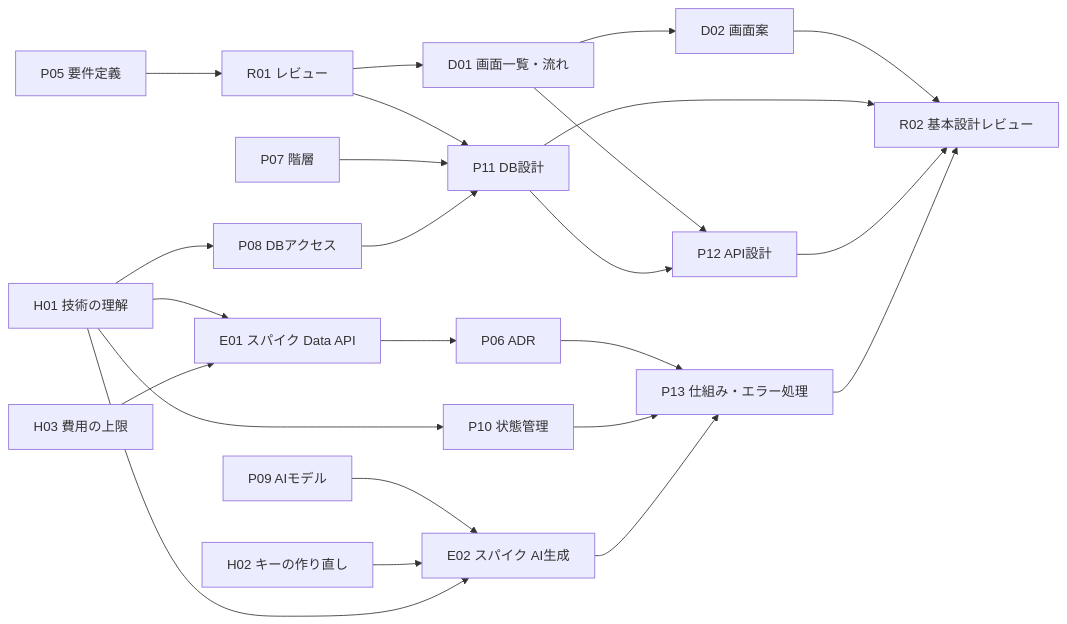
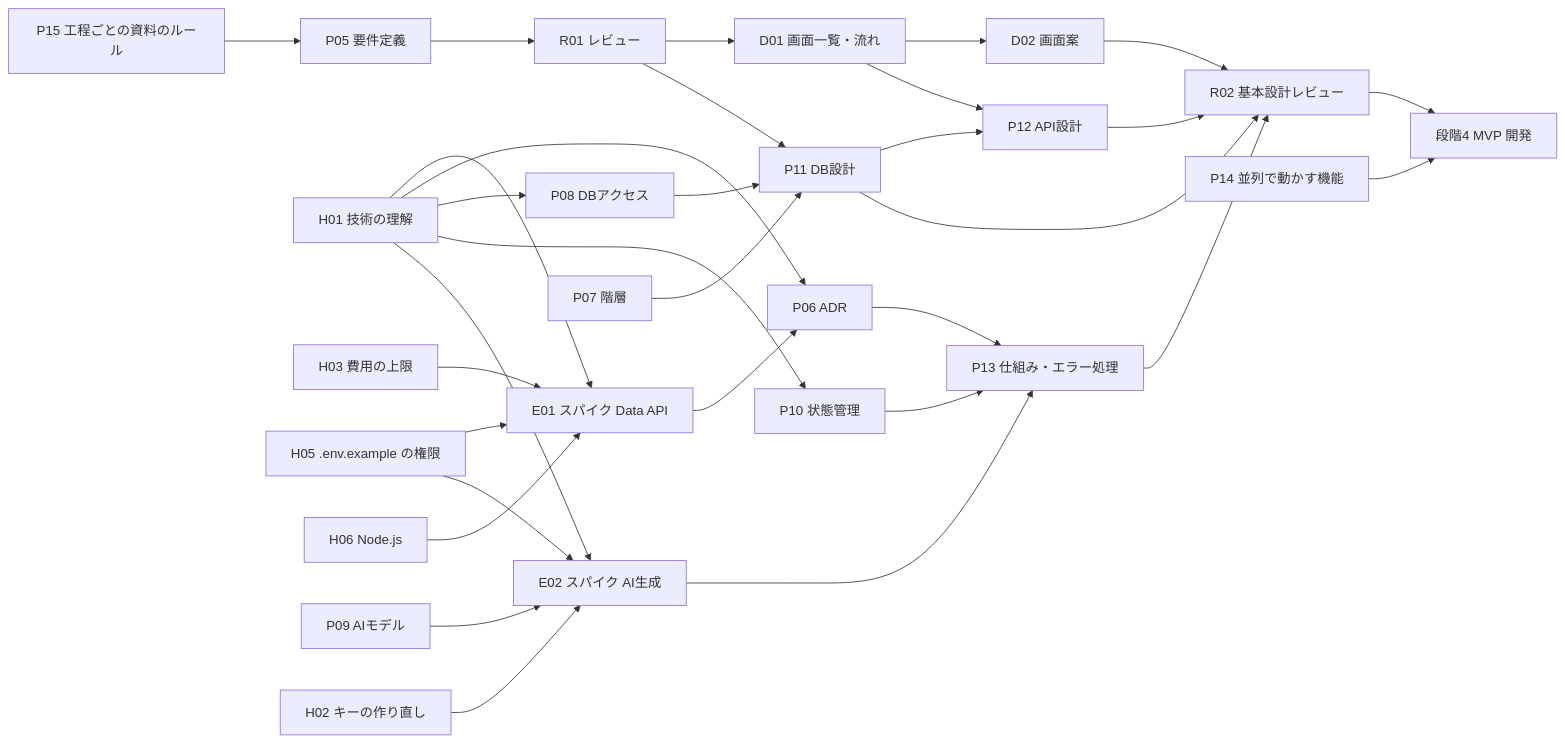
One commit to hinata-nakamura-code/studai changed the diagram in docs/01-product/plan.md. Above: the diagram before and after it, drawn with Mermaid. The commit also changed other lines of this file and 7 other files, not shown here.

````diff
--- a/docs/01-product/plan.md
+++ b/docs/01-product/plan.md
@@ -48,26 +51,33 @@
 ```mermaid
 flowchart LR
+  P15[P15 工程ごとの資料のルール] --> P05[P05 要件定義]
   H01[H01 技術の理解] --> E01[E01 スパイク Data API]
   H03[H03 費用の上限] --> E01
-  E01 --> P06[P06 ADR]
+  H05[H05 .env.example の権限] --> E01
+  H06[H06 Node.js] --> E01
+  H01 --> P06[P06 ADR]
+  E01 --> P06
   H01 --> P08[P08 DBアクセス]
   H01 --> P10[P10 状態管理]
   P09[P09 AIモデル] --> E02[E02 スパイク AI生成]
   H02[H02 キーの作り直し] --> E02
+  H05 --> E02
   H01 --> E02
-  P05[P05 要件定義] --> R01[R01 レビュー]
+  P05 --> R01[R01 レビュー]
   R01 --> D01[D01 画面一覧・流れ]
   D01 --> D02[D02 画面案]
   R01 --> P11[P11 DB設計]
   P07[P07 階層] --> P11
   P08 --> P11
   D01 --> P12[P12 API設計]
   P11 --> P12
   P06 --> P13[P13 仕組み・エラー処理]
   P10 --> P13
   E02 --> P13
   D02 --> R02[R02 基本設計レビュー]
   P11 --> R02
   P12 --> R02
   P13 --> R02
+  R02 --> MVP[段階4 MVP 開発]
+  P14[P14 並列で動かす機能] --> MVP
 ```
````
